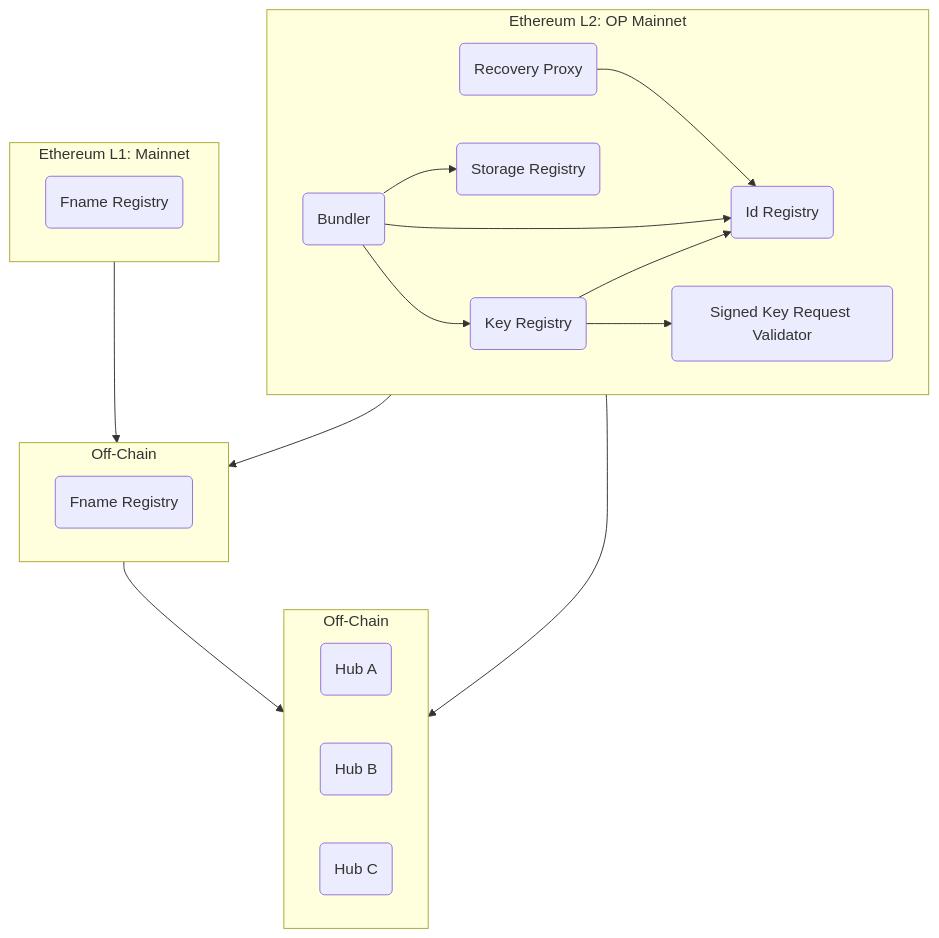
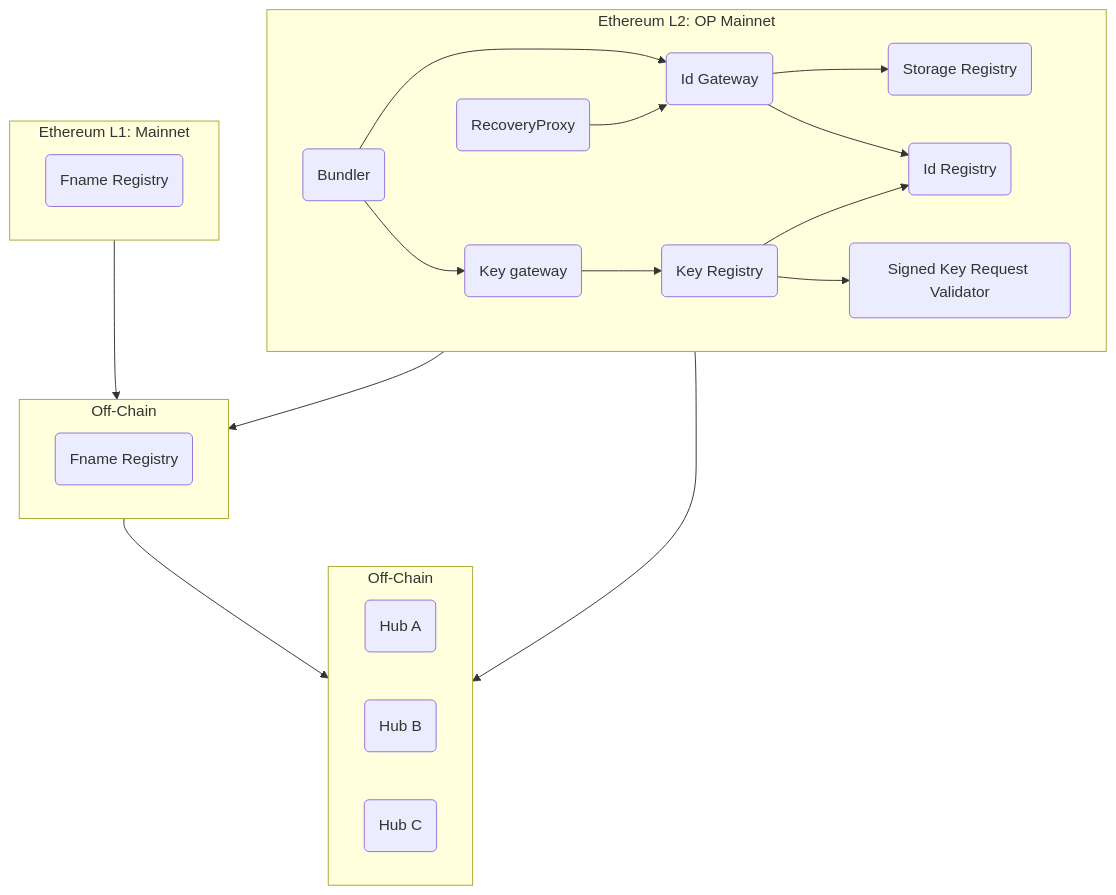
One commit to farcasterxyz/contracts changed the first of 3 diagrams in docs/docs.md. Above: the diagram before and after it, drawn with Mermaid. The commit also changed other lines of this file and 74 other files, not shown here.

````diff
--- a/docs/docs.md
+++ b/docs/docs.md
@@ -7,31 +7,36 @@
 ```mermaid
 
 graph TD
 
     subgraph ETHL1["Ethereum L1: Mainnet"]
     FR(Fname Registry)
     end
 
     subgraph Offchain["Off-Chain"]
     FS(Fname Registry)
     end
 
     subgraph Hubs["Off-Chain"]
     Hub1(Hub A)
     Hub2(Hub B)
     Hub3(Hub C)
     end
 
     subgraph ETHL2["Ethereum L2: OP Mainnet"]
-    RP(Recovery Proxy) --> IR(Id Registry)
-    BN(Bundler) --> IR & SR(Storage Registry) & KR(Key Registry)
+    BN(Bundler) --> IG(Id Gateway)
+    BN --> KG(Key gateway)
+    IG --> SR(Storage Registry)
+    IG --> IR(Id Registry)
+    KG --> KR(Key Registry)
+    KR --> SKRV(Signed Key Request Validator)
     KR --> IR
-    KR --> SKRV(Signed Key Request Validator)
+    RP(RecoveryProxy) --> IG
+
     end
 
 
     ETHL1 --> Offchain
     ETHL2 --> Offchain
     Offchain --> Hubs
     ETHL2 --> Hubs
 ```
````
